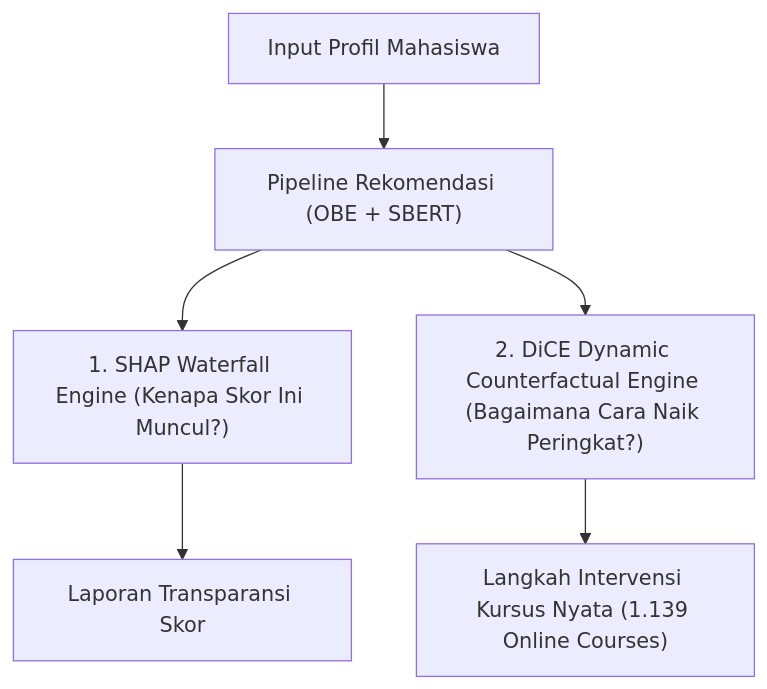
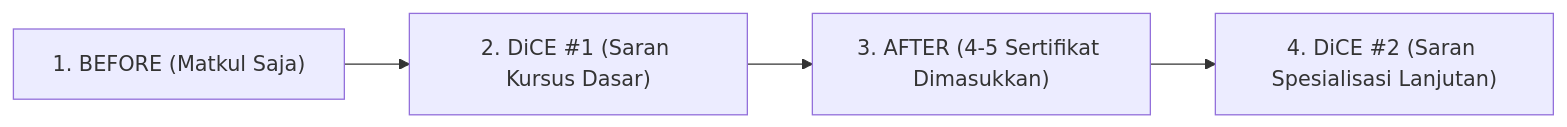
One commit to Akma86/Jobs-Recommendation---BRIN- changed the diagram in docs/EKS12_AB_Test_Summary.md. Above: the diagram before and after it, drawn with Mermaid. The commit also changed other lines of this file and 54 other files, not shown here.

Commit message:
Implement structured Before/ and After/ subfolders with multi-stage SHAP and DiCE evaluations for 10 named students

````diff
--- a/docs/EKS12_AB_Test_Summary.md
+++ b/docs/EKS12_AB_Test_Summary.md
@@ -33,8 +63,6 @@
 ```mermaid
-graph TD
-    A["Input Profil Mahasiswa"] --> B["Pipeline Rekomendasi (OBE + SBERT)"]
-    B --> C["1. SHAP Waterfall Engine (Kenapa Skor Ini Muncul?)"]
-    B --> D["2. DiCE Dynamic Counterfactual Engine (Bagaimana Cara Naik Peringkat?)"]
-    C --> E["Laporan Transparansi Skor"]
-    D --> F["Langkah Intervensi Kursus Nyata (1.139 Online Courses)"]
+graph LR
+    A["1. BEFORE (Matkul Saja)"] --> B["2. DiCE #1 (Saran Kursus Dasar)"]
+    B --> C["3. AFTER (4-5 Sertifikat Dimasukkan)"]
+    C --> D["4. DiCE #2 (Saran Spesialisasi Lanjutan)"]
 ```
````
